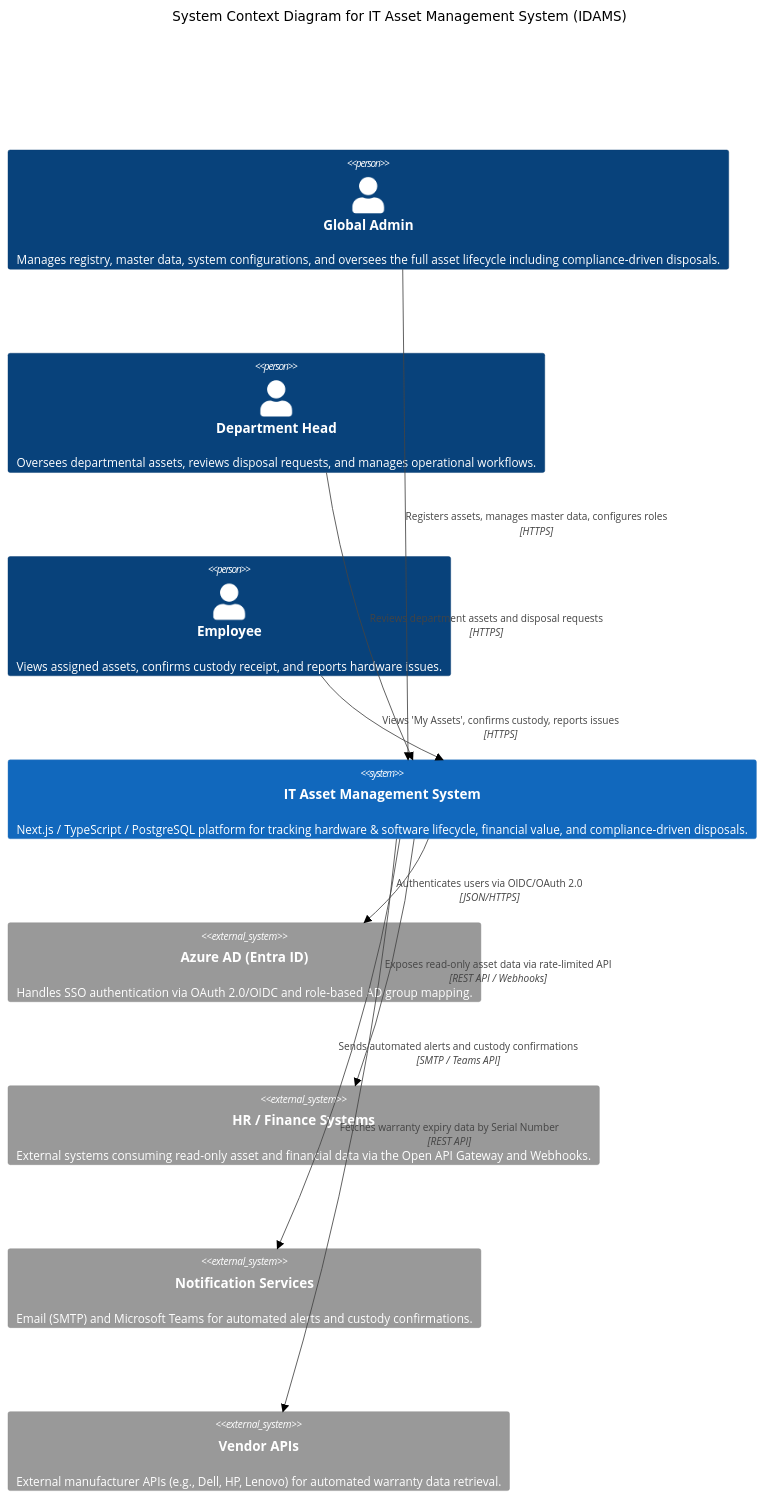
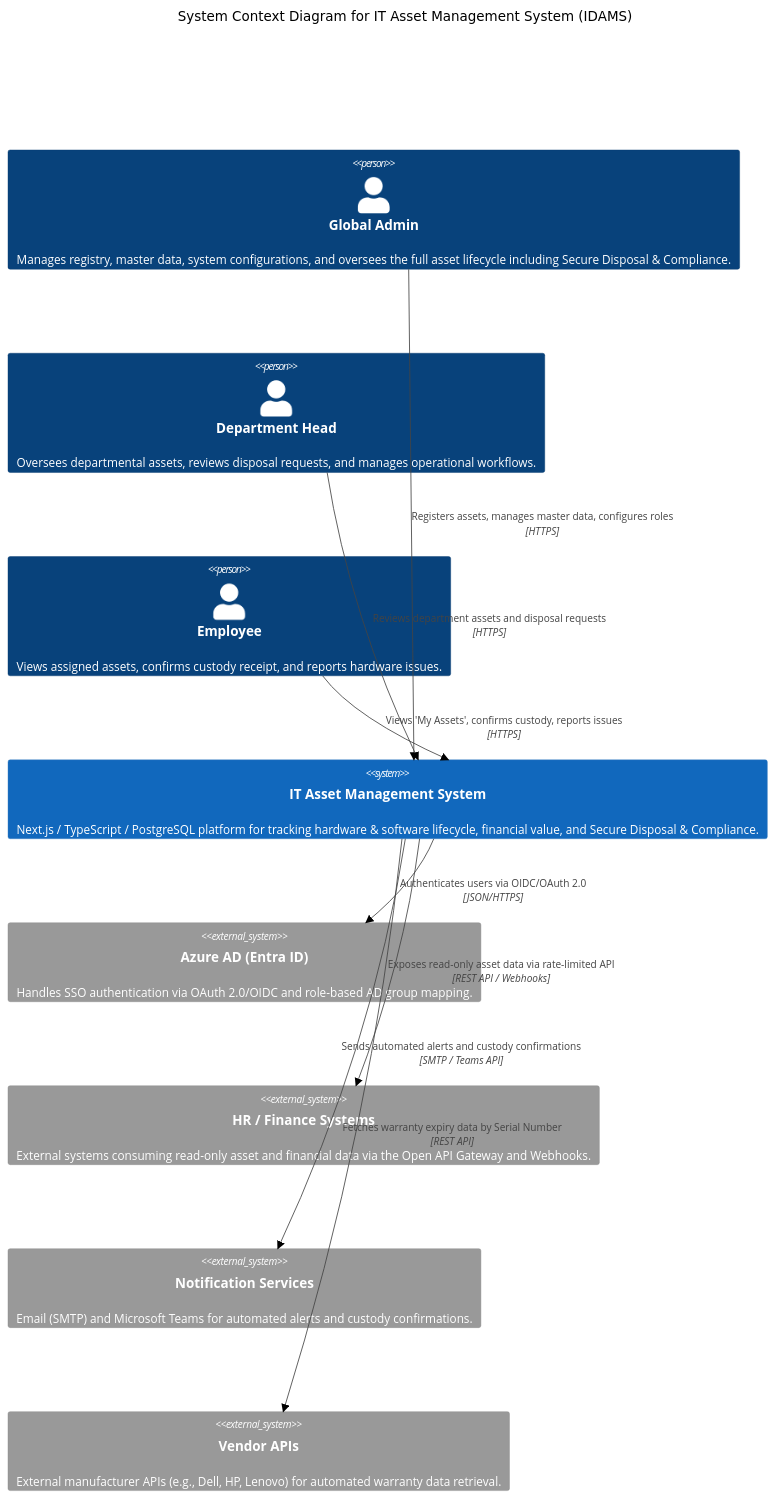
Before and after one commit to adithyadilum/it-asset-management-system: the diagram in docs/2_design/01_architecture/c4-01-system-context.md, drawn with Mermaid (forest theme). The commit also changed other lines of this file and 14 other files, not shown here.

````diff
--- a/docs/2_design/01_architecture/c4-01-system-context.md
+++ b/docs/2_design/01_architecture/c4-01-system-context.md
@@ -9,26 +9,26 @@
 ```mermaid
 C4Context
     title System Context Diagram for IT Asset Management System (IDAMS)
 
-    Person(admin, "Global Admin", "Manages registry, master data, system configurations, and oversees the full asset lifecycle including compliance-driven disposals.")
+    Person(admin, "Global Admin", "Manages registry, master data, system configurations, and oversees the full asset lifecycle including Secure Disposal & Compliance.")
     Person(deptHead, "Department Head", "Oversees departmental assets, reviews disposal requests, and manages operational workflows.")
     Person(employee, "Employee", "Views assigned assets, confirms custody receipt, and reports hardware issues.")
 
-    System(itam, "IT Asset Management System", "Next.js / TypeScript / PostgreSQL platform for tracking hardware & software lifecycle, financial value, and compliance-driven disposals.")
+    System(itam, "IT Asset Management System", "Next.js / TypeScript / PostgreSQL platform for tracking hardware & software lifecycle, financial value, and Secure Disposal & Compliance.")
 
     System_Ext(azure, "Azure AD (Entra ID)", "Handles SSO authentication via OAuth 2.0/OIDC and role-based AD group mapping.")
     System_Ext(hr_finance, "HR / Finance Systems", "External systems consuming read-only asset and financial data via the Open API Gateway and Webhooks.")
     System_Ext(notifications, "Notification Services", "Email (SMTP) and Microsoft Teams for automated alerts and custody confirmations.")
     System_Ext(vendor_api, "Vendor APIs", "External manufacturer APIs (e.g., Dell, HP, Lenovo) for automated warranty data retrieval.")
 
     Rel(admin, itam, "Registers assets, manages master data, configures roles", "HTTPS")
     Rel(deptHead, itam, "Reviews department assets and disposal requests", "HTTPS")
     Rel(employee, itam, "Views 'My Assets', confirms custody, reports issues", "HTTPS")
 
     Rel(itam, azure, "Authenticates users via OIDC/OAuth 2.0", "JSON/HTTPS")
     Rel(itam, hr_finance, "Exposes read-only asset data via rate-limited API", "REST API / Webhooks")
     Rel(itam, notifications, "Sends automated alerts and custody confirmations", "SMTP / Teams API")
     Rel(itam, vendor_api, "Fetches warranty expiry data by Serial Number", "REST API")
 
     UpdateLayoutConfig($c4ShapeInRow="3", $c4BoundaryInRow="1")
 ```
````
